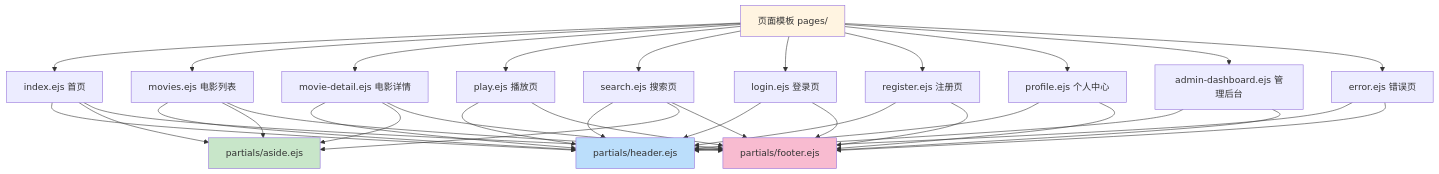
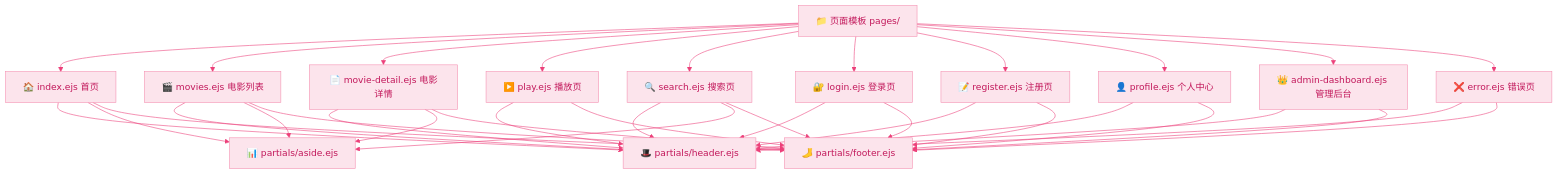
One commit to keyoshoin/movie-website changed diagram 13 of 18 in docs/架构设计.md. Above: the diagram before and after it, drawn with Mermaid. The commit also changed other lines of this file, not shown here.

````diff
--- a/docs/架构设计.md
+++ b/docs/架构设计.md
@@ -560,45 +490,22 @@
 ```mermaid
+%%{init: {'theme': 'base', 'themeVariables': { 'primaryColor': '#fce4ec', 'primaryTextColor': '#c2185b', 'primaryBorderColor': '#f48fb1', 'lineColor': '#ec407a'}}}%%
 graph TD
-    Pages[页面模板 pages/] --> Index[index.ejs 首页]
-    Pages --> Movies[movies.ejs 电影列表]
-    Pages --> Detail[movie-detail.ejs 电影详情]
-    Pages --> Play[play.ejs 播放页]
-    Pages --> Search[search.ejs 搜索页]
-    Pages --> Login[login.ejs 登录页]
-    Pages --> Register[register.ejs 注册页]
-    Pages --> Profile[profile.ejs 个人中心]
-    Pages --> Admin[admin-dashboard.ejs 管理后台]
-    Pages --> Error[error.ejs 错误页]
+    Pages["📁 页面模板 pages/"] --> Index["🏠 index.ejs 首页"]
+    Pages --> Movies["🎬 movies.ejs 电影列表"]
+    Pages --> Detail["📄 movie-detail.ejs 电影详情"]
+    Pages --> Play["▶️ play.ejs 播放页"]
+    Pages --> Search["🔍 search.ejs 搜索页"]
+    Pages --> Login["🔐 login.ejs 登录页"]
+    Pages --> Register["📝 register.ejs 注册页"]
+    Pages --> Profile["👤 profile.ejs 个人中心"]
+    Pages --> Admin["👑 admin-dashboard.ejs 管理后台"]
+    Pages --> Error["❌ error.ejs 错误页"]
     
-    Index --> Header[partials/header.ejs]
-    Movies --> Header
-    Detail --> Header
-    Play --> Header
-    Search --> Header
-    Login --> Header
-    Register --> Header
-    Profile --> Header
-    Admin --> Header
-    Error --> Header
+    Header["🎩 partials/header.ejs"]
+    Aside["📊 partials/aside.ejs"]
+    Footer["🦶 partials/footer.ejs"]
     
-    Index --> Aside[partials/aside.ejs]
-    Movies --> Aside
-    Detail --> Aside
-    Search --> Aside
-    
-    Index --> Footer[partials/footer.ejs]
-    Movies --> Footer
-    Detail --> Footer
-    Play --> Footer
-    Search --> Footer
-    Login --> Footer
-    Register --> Footer
-    Profile --> Footer
-    Admin --> Footer
-    Error --> Footer
-    
-    style Pages fill:#fff4e1
-    style Header fill:#bbdefb
-    style Aside fill:#c8e6c9
-    style Footer fill:#f8bbd0
+    Index & Movies & Detail & Play & Search & Login & Register & Profile & Admin & Error --> Header
+    Index & Movies & Detail & Search --> Aside
+    Index & Movies & Detail & Play & Search & Login & Register & Profile & Admin & Error --> Footer
 ```
````
